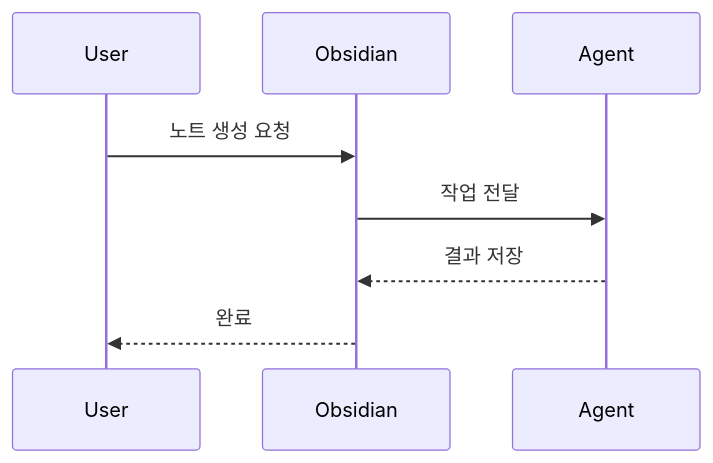
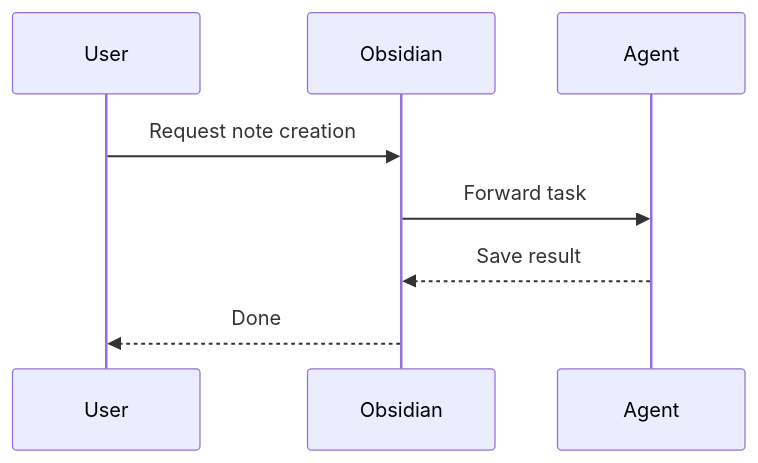
One commit to warqun/AIMindVaults-EN changed the third of 4 diagrams in Vaults/BasicVaults/AIHubVault/.sync/_Standards/Core/Plugins/MERMAID_JUGGL_SYNTAX.md. Above: the diagram before and after it, drawn with Mermaid. The commit also changed other lines of this file and 182 other files, not shown here.

````diff
--- a/Vaults/BasicVaults/AIHubVault/.sync/_Standards/Core/Plugins/MERMAID_JUGGL_SYNTAX.md
+++ b/Vaults/BasicVaults/AIHubVault/.sync/_Standards/Core/Plugins/MERMAID_JUGGL_SYNTAX.md
@@ -36,10 +36,10 @@
 ```mermaid
 sequenceDiagram
   participant U as User
   participant O as Obsidian
   participant A as Agent
-  U->>O: 노트 생성 요청
-  O->>A: 작업 전달
-  A-->>O: 결과 저장
-  O-->>U: 완료
+  U->>O: Request note creation
+  O->>A: Forward task
+  A-->>O: Save result
+  O-->>U: Done
 ```
````
